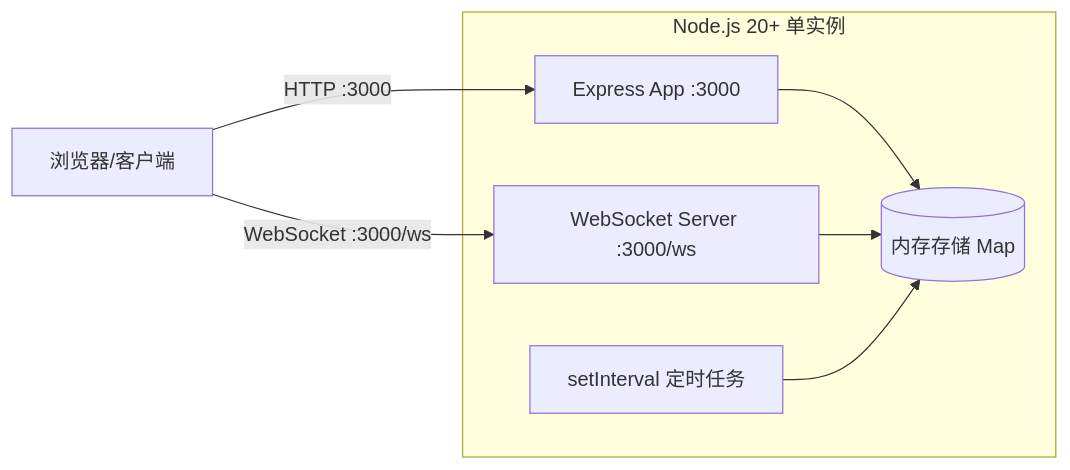
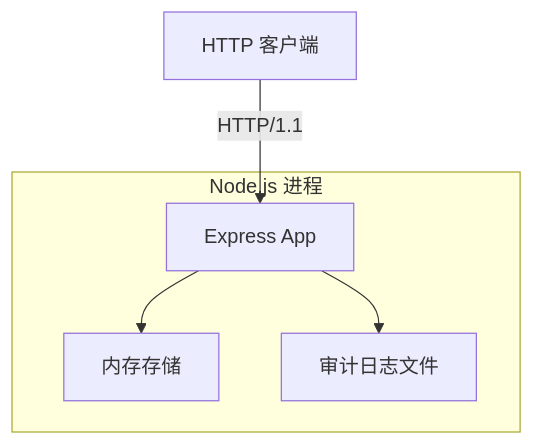
Before and after one commit to WangHHY19931001/Software_Engineering_W_Development_Model_Skills_Pack: the second of 2 diagrams in w-model-dev-demo/docs/system-design.md, drawn with Mermaid. The commit also changed other lines of this file and 286 other files, not shown here.

````diff
--- a/w-model-dev-demo/docs/system-design.md
+++ b/w-model-dev-demo/docs/system-design.md
@@ -85,14 +83,8 @@
 ```mermaid
-graph LR
-    subgraph NODE[Node.js 20+ 单实例]
-        APP[Express App :3000]
-        WSPORT[WebSocket Server :3000/ws]
-        JOB[setInterval 定时任务]
-        MEM[(内存存储 Map)]
+flowchart TB
+    subgraph Node[Node.js 进程]
+        App[Express App] --> MemStore[内存存储]
+        App --> AuditFile[审计日志文件]
     end
-    CLIENT[浏览器/客户端] -->|HTTP :3000| APP
-    CLIENT -->|WebSocket :3000/ws| WSPORT
-    APP --> MEM
-    WSPORT --> MEM
-    JOB --> MEM
+    Client[HTTP 客户端] -->|HTTP/1.1| App
 ```
````
